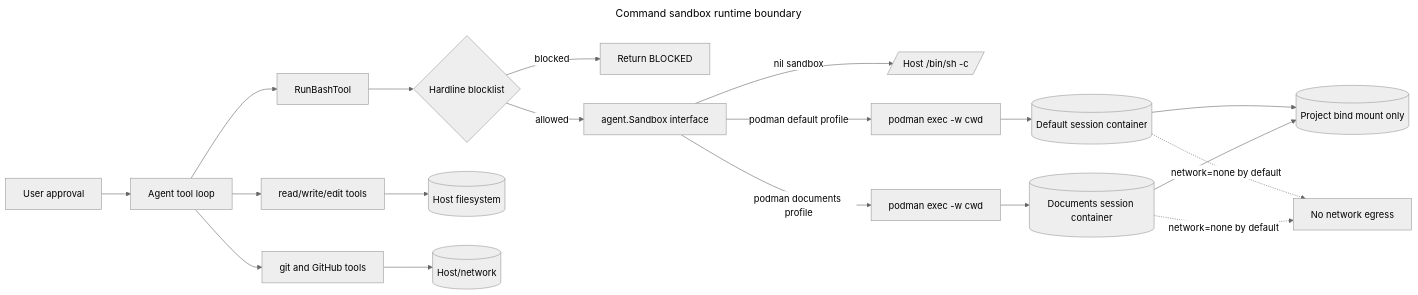
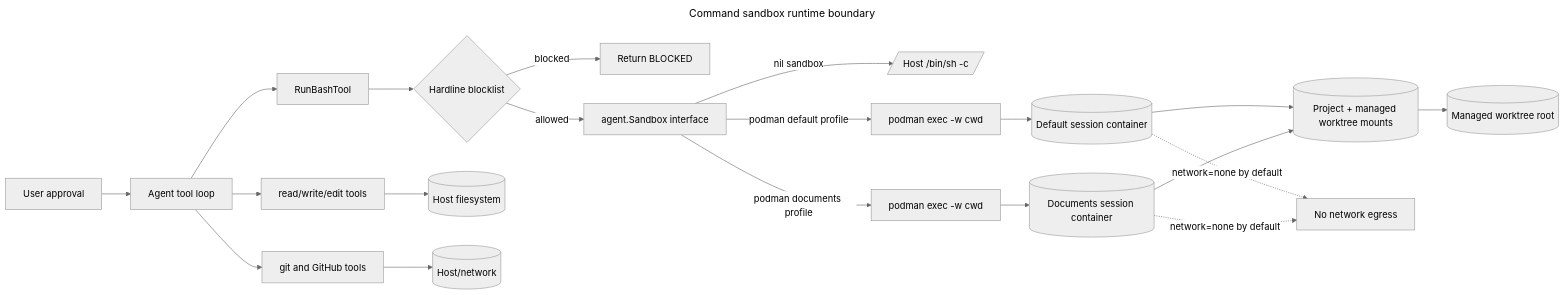
The first of 2 diagrams in docs/sandbox.md (yottadynamics/yottacode), drawn with Mermaid (neutral theme) before and after one commit. The commit also changed other lines of this file and 13 other files, not shown here.

````diff
--- a/docs/sandbox.md
+++ b/docs/sandbox.md
@@ -22,26 +23,27 @@
 ```mermaid
 ---
 title: Command sandbox runtime boundary
 ---
 flowchart LR
     %% Author: YottaDynamics | Scope: current command sandbox
     User[User approval] --> Agent[Agent tool loop]
     Agent --> RB[RunBashTool]
     RB --> Blocklist{Hardline blocklist}
     Blocklist -- blocked --> Deny[Return BLOCKED]
     Blocklist -- allowed --> Seam[agent.Sandbox interface]
     Seam -- nil sandbox --> Host[/Host /bin/sh -c/]
     Seam -- podman default profile --> Exec[podman exec -w cwd]
     Seam -- podman documents profile --> DocExec[podman exec -w cwd]
     Exec --> Container[(Default session container)]
     DocExec --> DocContainer[(Documents session container)]
-    Container --> Mount[(Project bind mount only)]
+    Container --> Mount[(Project + managed worktree mounts)]
     DocContainer --> Mount
+    Mount --> Worktrees[(Managed worktree root)]
     Container -. network=none by default .-> Net[No network egress]
     DocContainer -. network=none by default .-> Net
 
     Agent --> FileTools[read/write/edit tools]
     FileTools --> HostFS[(Host filesystem)]
     Agent --> GitTools[git and GitHub tools]
     GitTools --> HostNet[(Host/network)]
 ```
````
